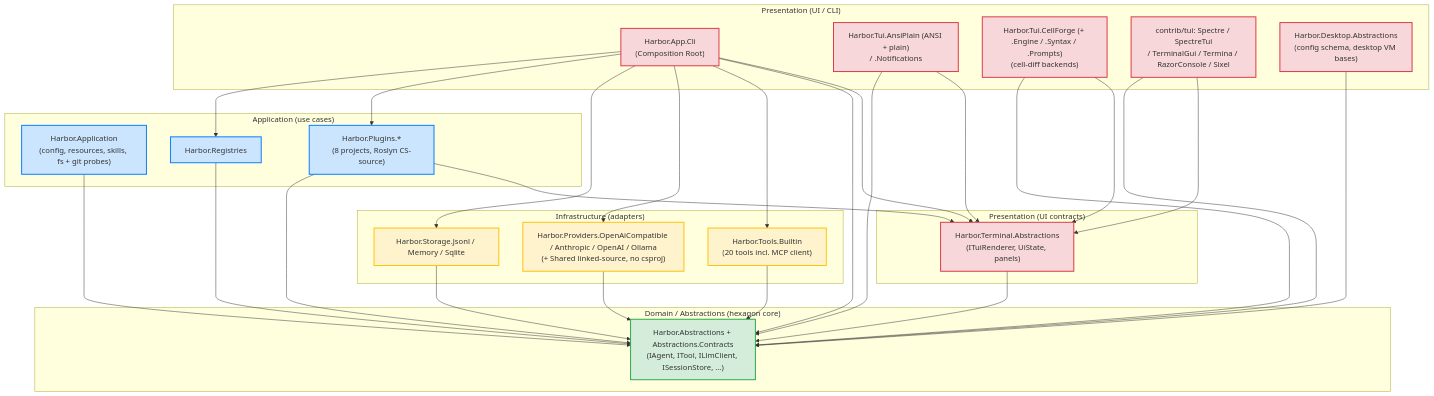
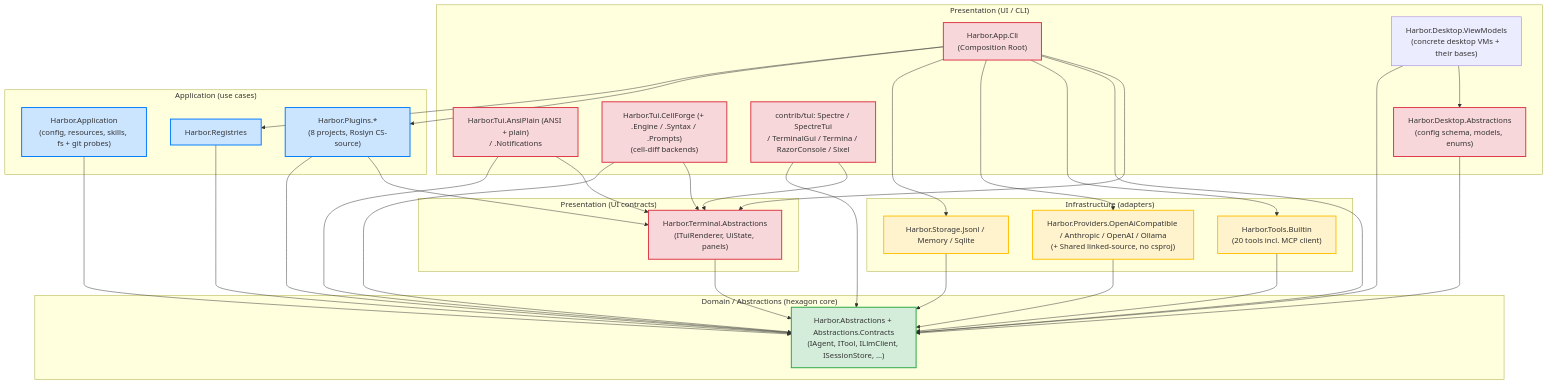
Before and after one commit to refusedguy/Harbor-Harness: the diagram in docs/ARCHITECTURE_LAYERS.md, drawn with Mermaid. The commit also changed other lines of this file and 92 other files, not shown here.

First line of the commit message:
arch(#1899): the desktop abstractions assembly gets an honest name and a recorded decision

````diff
--- a/docs/ARCHITECTURE_LAYERS.md
+++ b/docs/ARCHITECTURE_LAYERS.md
@@ -337,68 +364,71 @@
 ```mermaid
 flowchart TB
     subgraph Pres["Presentation (UI / CLI)"]
         Cli["Harbor.App.Cli<br/>(Composition Root)"]
         TuiAnsi["Harbor.Tui.AnsiPlain (ANSI + plain)<br/>/ .Notifications"]
         TuiConsoleEx["Harbor.Tui.CellForge (+ .Engine / .Syntax / .Prompts)<br/>(cell-diff backends)"]
         TuiContrib["contrib/tui: Spectre / SpectreTui<br/>/ TerminalGui / Termina / RazorConsole / Sixel"]
-        DesktopAbs["Harbor.Desktop.Abstractions<br/>(config schema, desktop VM bases)"]
+        DesktopAbs["Harbor.Desktop.Abstractions<br/>(config schema, models, enums)"]
+        DesktopVms["Harbor.Desktop.ViewModels<br/>(concrete desktop VMs + their bases)"]
     end
 
     subgraph App["Application (use cases)"]
         AppLayer["Harbor.Application<br/>(config, resources, skills, fs + git probes)"]
         Core["Harbor.Registries"]
         Plugins["Harbor.Plugins.*<br/>(8 projects, Roslyn CS-source)"]
     end
 
     subgraph Infra["Infrastructure (adapters)"]
         Storage["Harbor.Storage.Jsonl / Memory / Sqlite"]
         Providers["Harbor.Providers.OpenAiCompatible / Anthropic / OpenAI / Ollama<br/>(+ Shared linked-source, no csproj)"]
         Tools["Harbor.Tools.Builtin<br/>(20 tools incl. MCP client)"]
     end
 
     subgraph Domain["Domain / Abstractions (hexagon core)"]
         Abs["Harbor.Abstractions + Abstractions.Contracts<br/>(IAgent, ITool, ILlmClient, ISessionStore, ...)"]
     end
 
     subgraph UiPres["Presentation (UI contracts)"]
         TuiAbs["Harbor.Terminal.Abstractions<br/>(ITuiRenderer, UiState, panels)"]
     end
 
     Cli --> Core
     Cli --> Plugins
     Cli --> Storage
     Cli --> Providers
     Cli --> Tools
     Cli --> Abs
     Cli --> TuiAbs
 
     DesktopAbs --> Abs
+    DesktopVms --> Abs
+    DesktopVms --> DesktopAbs
 
     TuiAnsi --> Abs
     TuiAnsi --> TuiAbs
     TuiConsoleEx --> Abs
     TuiConsoleEx --> TuiAbs
     TuiContrib --> Abs
     TuiContrib --> TuiAbs
 
     AppLayer --> Abs
     Core --> Abs
     Plugins --> Abs
     Plugins --> TuiAbs
 
     Storage --> Abs
     Providers --> Abs
     Tools --> Abs
 
     TuiAbs --> Abs
 
     classDef domain fill:#d4edda,stroke:#28a745,stroke-width:2px
     classDef app fill:#cce5ff,stroke:#007bff,stroke-width:2px
     classDef infra fill:#fff3cd,stroke:#ffc107,stroke-width:2px
     classDef pres fill:#f8d7da,stroke:#dc3545,stroke-width:2px
 
     class Abs domain
     class AppLayer,Core,Plugins app
     class Storage,Providers,Tools infra
     class Cli,TuiAnsi,TuiConsoleEx,TuiContrib,DesktopAbs,TuiAbs pres
 ```
````
